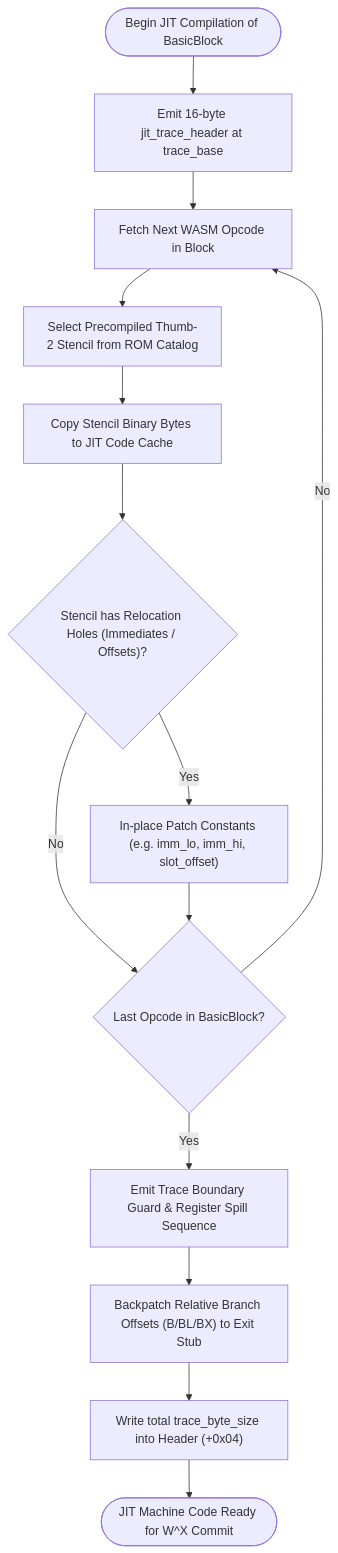
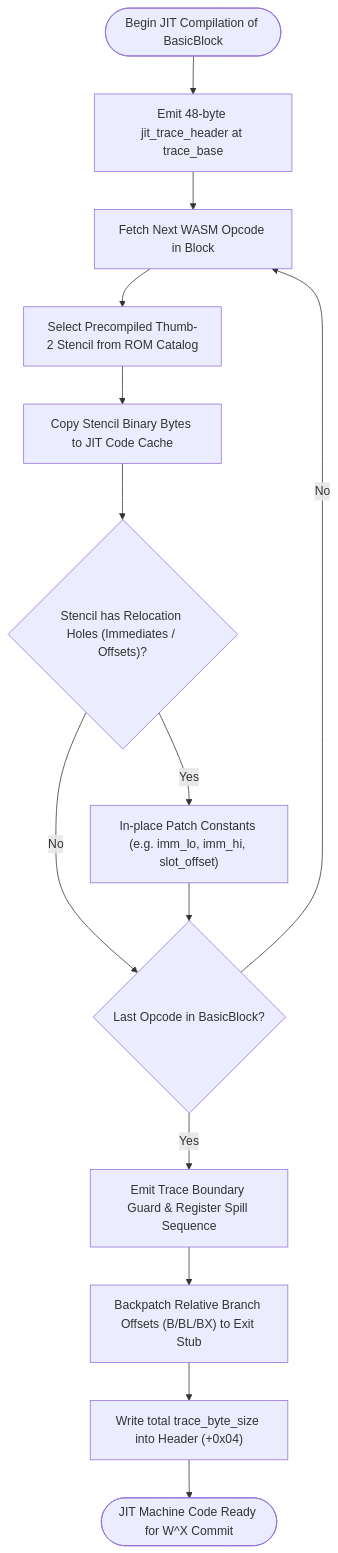
The third of 5 diagrams in docs/components/tier3_jit/jit_compiler.md (kmt-t/fireball), drawn with Mermaid before and after one commit. The commit also changed other lines of this file and 44 other files, not shown here.

````diff
--- a/docs/components/tier3_jit/jit_compiler.md
+++ b/docs/components/tier3_jit/jit_compiler.md
@@ -339,19 +347,19 @@
 ```mermaid
 flowchart TD
-    Start(["Begin JIT Compilation of BasicBlock"]) --> InitEmit["Emit 16-byte jit_trace_header at trace_base"]
+    Start(["Begin JIT Compilation of BasicBlock"]) --> InitEmit["Emit 48-byte jit_trace_header at trace_base"]
     InitEmit --> LoopOps["Fetch Next WASM Opcode in Block"]
 
     LoopOps --> SelectStencil["Select Precompiled Thumb-2 Stencil from ROM Catalog"]
     SelectStencil --> CopyBytes["Copy Stencil Binary Bytes to JIT Code Cache"]
     CopyBytes --> RelocImm{"Stencil has Relocation Holes (Immediates / Offsets)?"}
 
     RelocImm -- "Yes" --> PatchReloc["In-place Patch Constants (e.g. imm_lo, imm_hi, slot_offset)"]
     RelocImm -- "No" --> CheckLast{"Last Opcode in BasicBlock?"}
     PatchReloc --> CheckLast
 
     CheckLast -- "No" --> LoopOps
     CheckLast -- "Yes" --> EmitExit["Emit Trace Boundary Guard & Register Spill Sequence"]
     EmitExit --> Backpatch["Backpatch Relative Branch Offsets (B/BL/BX) to Exit Stub"]
     Backpatch --> FinalizeSize["Write total trace_byte_size into Header (+0x04)"]
     FinalizeSize --> Complete(["JIT Machine Code Ready for W^X Commit"])
 ```
````
